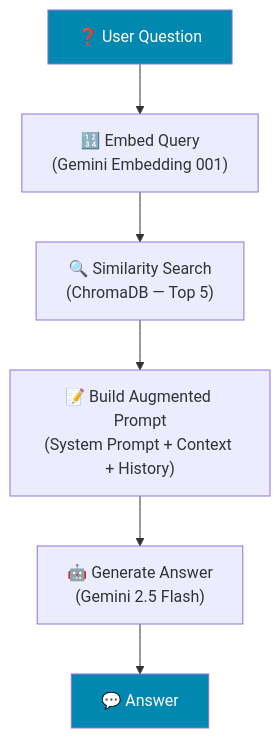
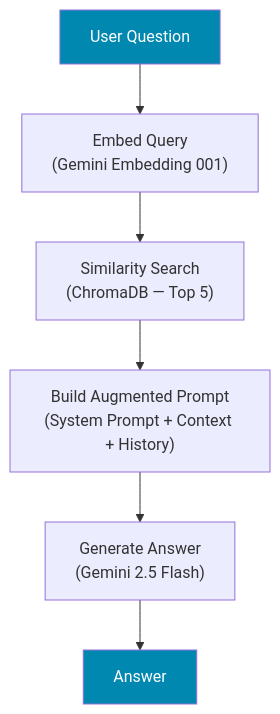
One commit to RedaMohssine/E-Wslni---Chatbot-Robot-Guide changed the second of 5 diagrams in README.md. Above: the diagram before and after it, drawn with Mermaid. The commit also changed other lines of this file, not shown here.

````diff
--- a/README.md
+++ b/README.md
@@ -51,11 +51,11 @@
 ```mermaid
 flowchart TD
-    Q["❓ User Question"] --> E["🔢 Embed Query\n(Gemini Embedding 001)"]
-    E --> S["🔍 Similarity Search\n(ChromaDB — Top 5)"]
-    S --> P["📝 Build Augmented Prompt\n(System Prompt + Context + History)"]
-    P --> G["🤖 Generate Answer\n(Gemini 2.5 Flash)"]
-    G --> A["💬 Answer"]
+    Q["User Question"] --> E["Embed Query\n(Gemini Embedding 001)"]
+    E --> S["Similarity Search\n(ChromaDB — Top 5)"]
+    S --> P["Build Augmented Prompt\n(System Prompt + Context + History)"]
+    P --> G["Generate Answer\n(Gemini 2.5 Flash)"]
+    G --> A["Answer"]
 
     style Q fill:#0088b0,color:#fff
     style A fill:#0088b0,color:#fff
 ```
````
